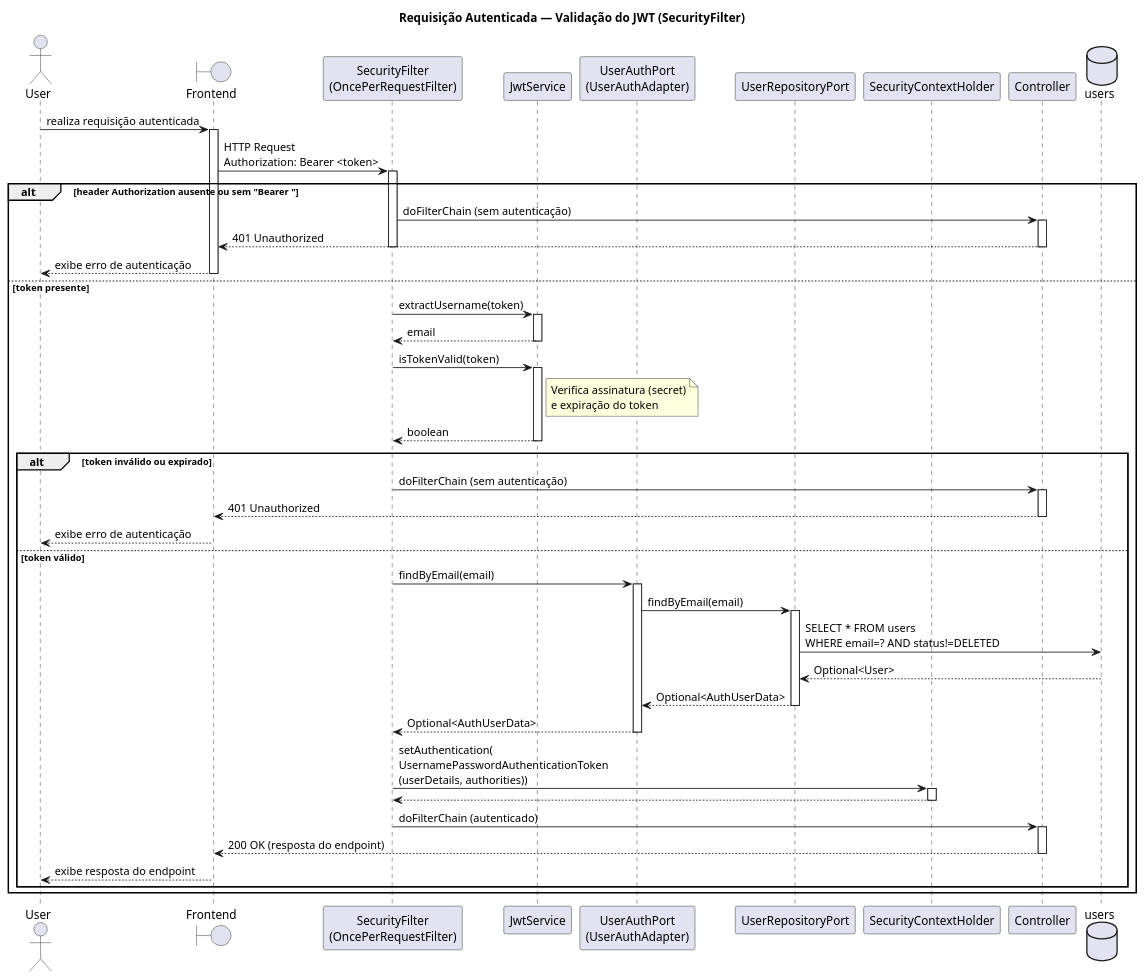
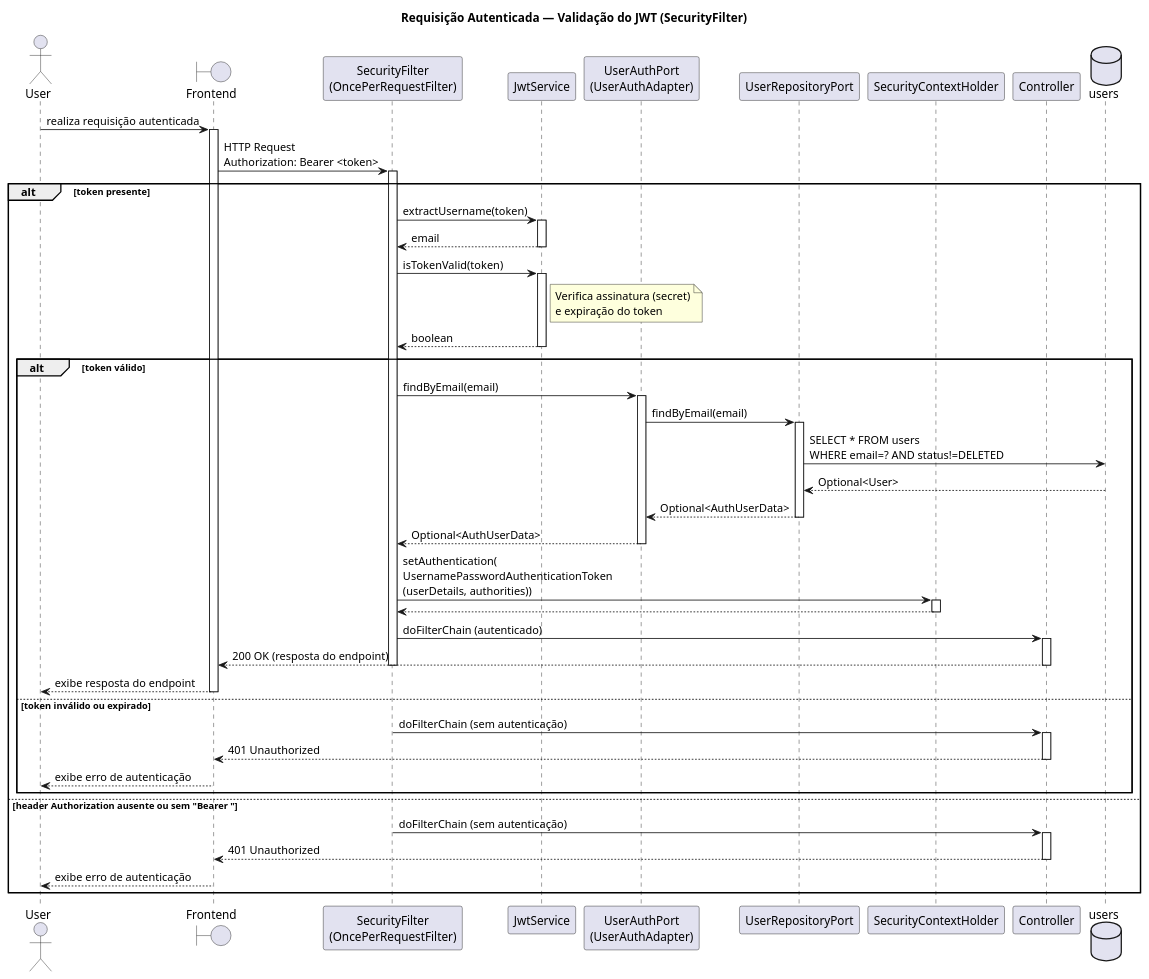
One commit to Neoguara/rooms-diagrams changed the diagram in sequencia/auth/jwt_filter.puml. Above: the diagram before and after it, drawn with PlantUML. The commit also changed 25 other files, not shown here.

```diff
--- a/sequencia/auth/jwt_filter.puml
+++ b/sequencia/auth/jwt_filter.puml
@@ -1,75 +1,75 @@
 @startuml jwt_filter
 
 title Requisição Autenticada — Validação do JWT (SecurityFilter)
 
 actor User
 boundary "Frontend" as FE
 participant "SecurityFilter\n(OncePerRequestFilter)" as Filter
 participant "JwtService" as Jwt
 participant "UserAuthPort\n(UserAuthAdapter)" as AuthPort
 participant "UserRepositoryPort" as UserRepo
 participant "SecurityContextHolder" as SecCtx
 participant "Controller" as Ctrl
 database "users" as DB
 
 User -> FE: realiza requisição autenticada
 activate FE
 FE -> Filter: HTTP Request\nAuthorization: Bearer <token>
 activate Filter
 
-alt header Authorization ausente ou sem "Bearer "
-  Filter -> Ctrl: doFilterChain (sem autenticação)
-  activate Ctrl
-  Ctrl --> FE: 401 Unauthorized
-  deactivate Ctrl
-  deactivate Filter
-  FE --> User: exibe erro de autenticação
-  deactivate FE
-else token presente
+alt token presente
   Filter -> Jwt: extractUsername(token)
   activate Jwt
   Jwt --> Filter: email
   deactivate Jwt
 
   Filter -> Jwt: isTokenValid(token)
   activate Jwt
   note right of Jwt: Verifica assinatura (secret)\ne expiração do token
   Jwt --> Filter: boolean
   deactivate Jwt
 
-  alt token inválido ou expirado
-    Filter -> Ctrl: doFilterChain (sem autenticação)
-    activate Ctrl
-    Ctrl --> FE: 401 Unauthorized
-    deactivate Ctrl
-    deactivate Filter
-    FE --> User: exibe erro de autenticação
-    deactivate FE
-  else token válido
+  alt token válido
     Filter -> AuthPort: findByEmail(email)
     activate AuthPort
     AuthPort -> UserRepo: findByEmail(email)
     activate UserRepo
     UserRepo -> DB: SELECT * FROM users\nWHERE email=? AND status!=DELETED
     DB --> UserRepo: Optional<User>
     UserRepo --> AuthPort: Optional<AuthUserData>
     deactivate UserRepo
     AuthPort --> Filter: Optional<AuthUserData>
     deactivate AuthPort
 
     Filter -> SecCtx: setAuthentication(\nUsernamePasswordAuthenticationToken\n(userDetails, authorities))
     activate SecCtx
     SecCtx --> Filter:
     deactivate SecCtx
 
     Filter -> Ctrl: doFilterChain (autenticado)
     activate Ctrl
     Ctrl --> FE: 200 OK (resposta do endpoint)
     deactivate Ctrl
     deactivate Filter
     FE --> User: exibe resposta do endpoint
     deactivate FE
+  else token inválido ou expirado
+    Filter -> Ctrl: doFilterChain (sem autenticação)
+    activate Ctrl
+    Ctrl --> FE: 401 Unauthorized
+    deactivate Ctrl
+    deactivate Filter
+    FE --> User: exibe erro de autenticação
+    deactivate FE
   end
+else header Authorization ausente ou sem "Bearer "
+  Filter -> Ctrl: doFilterChain (sem autenticação)
+  activate Ctrl
+  Ctrl --> FE: 401 Unauthorized
+  deactivate Ctrl
+  deactivate Filter
+  FE --> User: exibe erro de autenticação
+  deactivate FE
 end
 
 @enduml
```
